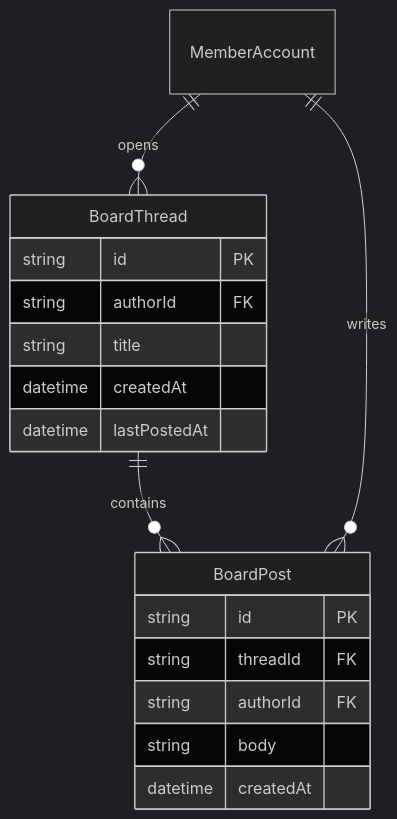
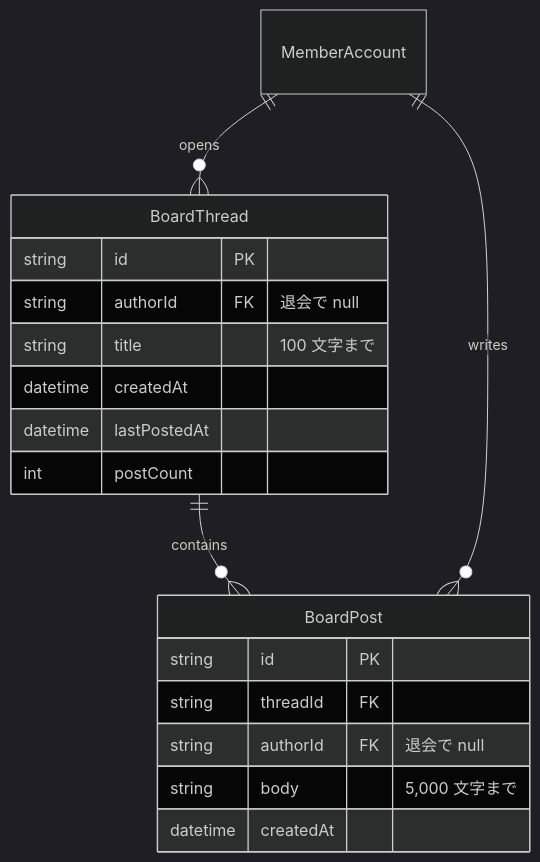
The diagram in apps/internal-dashboard/content/docs/data-model/board.md (masseater/typescript-template), drawn with Mermaid (dark theme) before and after one commit. The commit also changed other lines of this file and 1 other file, not shown here.

Commit message:
docs: 掲示板の実装で確定した詳細を仕様に反映する
会員なら無料・有料を問わず誰でもスレッドを立てて返信できること、
会員判定を 1 か所の条件に集約すること、postCount と lastPostedAt を
投稿と同じ操作で進めること、ページ送りと新規スレッドの状態を URL に
持つことを、実装に合わせて明文化する。

````diff
--- a/apps/internal-dashboard/content/docs/data-model/board.md
+++ b/apps/internal-dashboard/content/docs/data-model/board.md
@@ -10,20 +10,21 @@
 ```mermaid
 erDiagram
   BoardThread ||--o{ BoardPost : contains
   MemberAccount ||--o{ BoardThread : opens
   MemberAccount ||--o{ BoardPost : writes
   BoardThread {
     string id PK
-    string authorId FK
-    string title
+    string authorId FK "退会で null"
+    string title "100 文字まで"
     datetime createdAt
     datetime lastPostedAt
+    int postCount
   }
   BoardPost {
     string id PK
     string threadId FK
-    string authorId FK
-    string body
+    string authorId FK "退会で null"
+    string body "5,000 文字まで"
     datetime createdAt
   }
 ```
````
